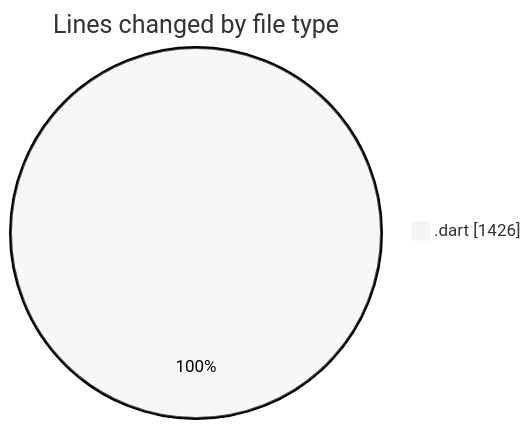
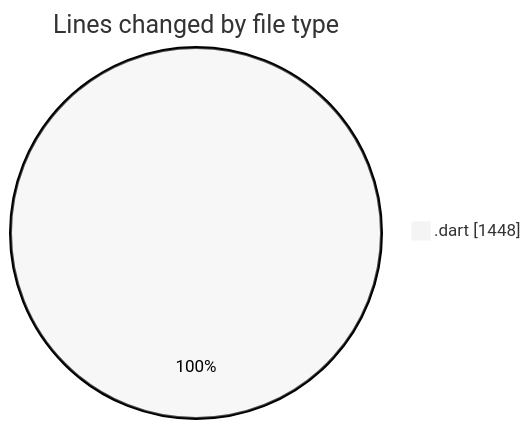
The first of 2 diagrams in 2025-04-10/trackers_app/README.md (donsfak/code-tracking), drawn with Mermaid (neutral theme) before and after one commit. The commit also changed other lines of this file and 1 other file, not shown here.

````diff
--- a/2025-04-10/trackers_app/README.md
+++ b/2025-04-10/trackers_app/README.md
@@ -35,5 +37,5 @@
 ```mermaid
 pie showData
 title Lines changed by file type
-".dart" : 1426
+".dart" : 1448
 ```
````
